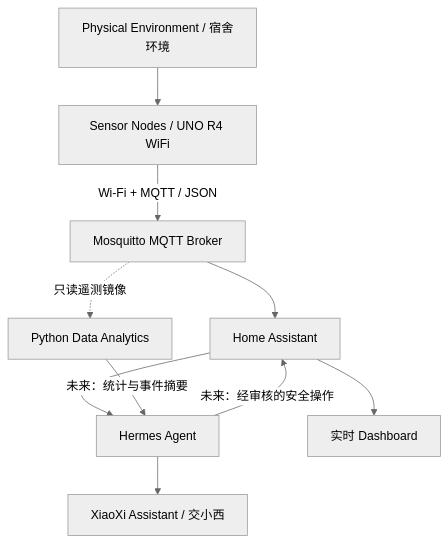
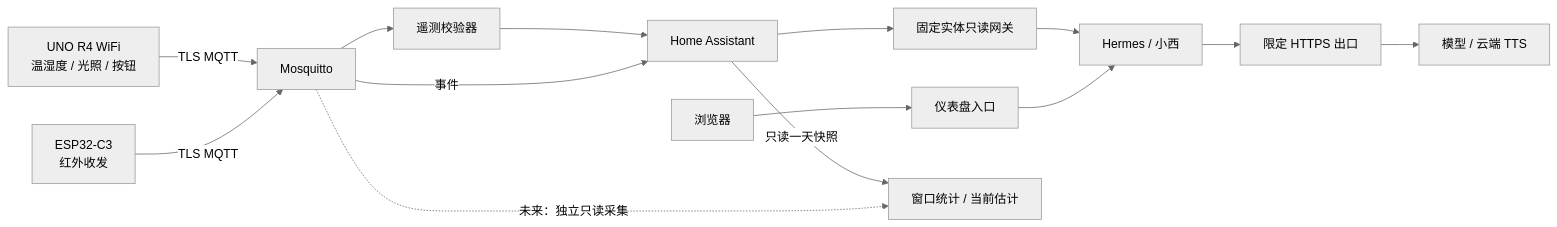
One commit to donald-trump86/xiaoxi-dormsense changed the diagram in README.md. Above: the diagram before and after it, drawn with Mermaid (neutral theme). The commit also changed other lines of this file and 20 other files, not shown here.

````diff
--- a/README.md
+++ b/README.md
@@ -55,12 +43,16 @@
 ```mermaid
-flowchart TD
-    Env[Physical Environment / 宿舍环境] --> Nodes[Sensor Nodes / UNO R4 WiFi]
-    Nodes -->|Wi-Fi + MQTT / JSON| Broker[Mosquitto MQTT Broker]
-    Broker --> HA[Home Assistant]
-    Broker -.只读遥测镜像.-> Data[Python Data Analytics]
-    HA --> Agent[Hermes Agent]
-    Data -->|未来：统计与事件摘要| Agent
-    HA --> UI[实时 Dashboard]
-    Agent --> XiaoXi[XiaoXi Assistant / 交小西]
-    Agent -->|未来：经审核的安全操作| HA
+flowchart LR
+    UNO[UNO R4 WiFi\n温湿度 / 光照 / 按钮] -->|TLS MQTT| MQTT[Mosquitto]
+    IR[ESP32-C3\n红外收发] -->|TLS MQTT| MQTT
+    MQTT --> V[遥测校验器]
+    V --> HA[Home Assistant]
+    MQTT -->|事件| HA
+    HA --> G[固定实体只读网关]
+    G --> A[Hermes / 小西]
+    B[浏览器] --> I[仪表盘入口]
+    I --> A
+    A --> E[限定 HTTPS 出口]
+    E --> C[模型 / 云端 TTS]
+    HA -->|只读一天快照| D[窗口统计 / 当前估计]
+    MQTT -.未来：独立只读采集.-> D
 ```
````
